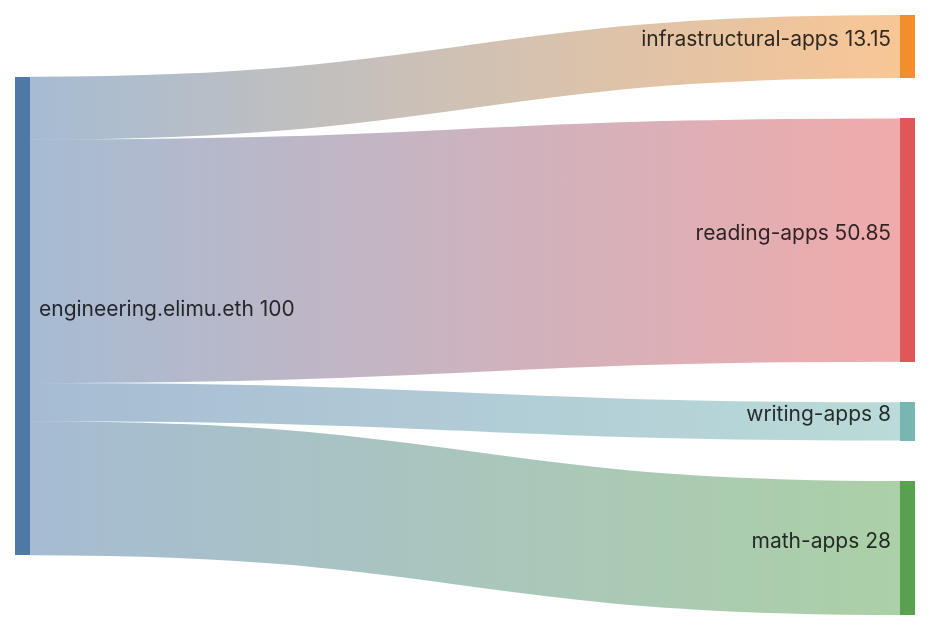
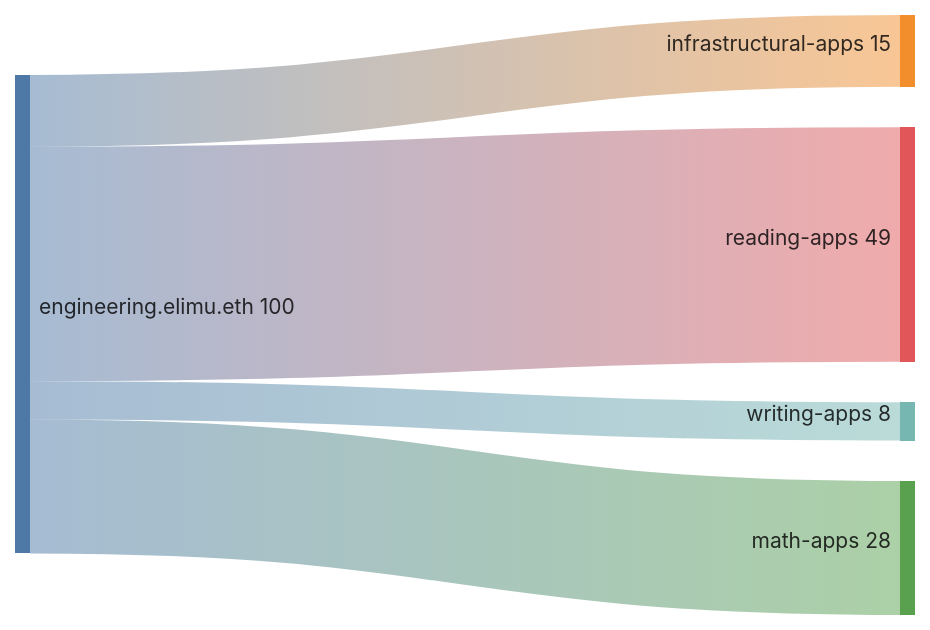
Before and after one commit to elimu-ai/web3-wiki: the second of 3 diagrams in DRIP_LIST_FUNDING_SPLITS.md, drawn with Mermaid. The commit also changed other lines of this file, not shown here.

Commit message:
chore: add common-utils to drip list
#66

````diff
--- a/DRIP_LIST_FUNDING_SPLITS.md
+++ b/DRIP_LIST_FUNDING_SPLITS.md
@@ -49,9 +49,9 @@
 ```mermaid
 sankey-beta
 
 %% source,target,value
-engineering.elimu.eth,infrastructural-apps,13.15
-engineering.elimu.eth,reading-apps,50.85
+engineering.elimu.eth,infrastructural-apps,15
+engineering.elimu.eth,reading-apps,49
 engineering.elimu.eth,writing-apps,8
 engineering.elimu.eth,math-apps,28
 ```
````
